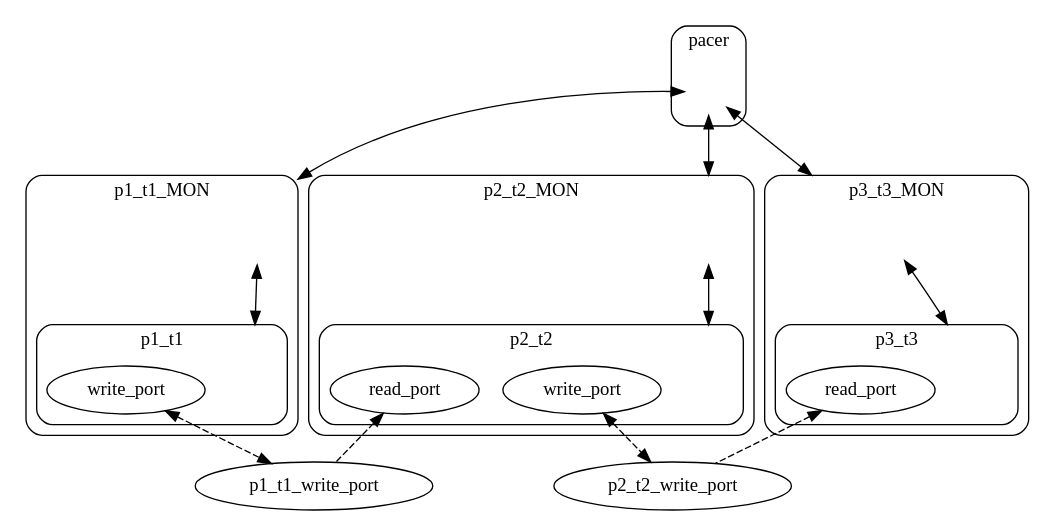
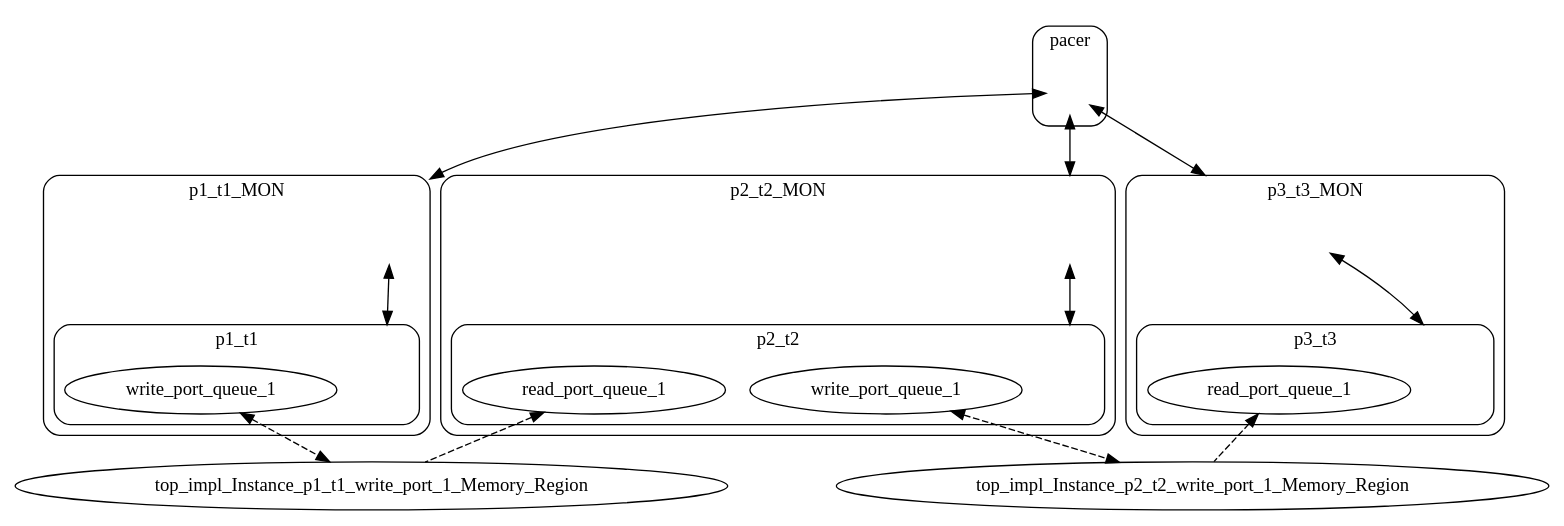
One commit to loonwerks/INSPECTA-models changed the diagram in micro-examples/domain-scheduling-models/three_domain_simple/microkit/microkit.dot. Above: the diagram before and after it, drawn with Graphviz. The commit also changed 98 other files, not shown here.

```diff
--- a/micro-examples/domain-scheduling-models/three_domain_simple/microkit/microkit.dot
+++ b/micro-examples/domain-scheduling-models/three_domain_simple/microkit/microkit.dot
@@ -1,73 +1,73 @@
 digraph microkit {
   compound=true;
 
   // protection domains
   graph [style=rounded]
   subgraph cluster_p1_t1_MON {
     label = "p1_t1_MON";
     p1_t1_MON_INVIS [label="", style=invis, width=.5, height=.5, fixedsize=true]
 
     graph [style=rounded]
     subgraph cluster_p1_t1 {
       label = "p1_t1";
       p1_t1_INVIS [label="", style=invis, width=.5, height=.5, fixedsize=true]
 
-      pd_p1_t1_write_port [label=write_port];
+      pd_p1_t1_write_port_queue_1 [label=write_port_queue_1];
     }
   }
 
   graph [style=rounded]
   subgraph cluster_p2_t2_MON {
     label = "p2_t2_MON";
     p2_t2_MON_INVIS [label="", style=invis, width=.5, height=.5, fixedsize=true]
 
     graph [style=rounded]
     subgraph cluster_p2_t2 {
       label = "p2_t2";
       p2_t2_INVIS [label="", style=invis, width=.5, height=.5, fixedsize=true]
 
-      pd_p2_t2_read_port [label=read_port];
-      pd_p2_t2_write_port [label=write_port];
+      pd_p2_t2_read_port_queue_1 [label=read_port_queue_1];
+      pd_p2_t2_write_port_queue_1 [label=write_port_queue_1];
     }
   }
 
   graph [style=rounded]
   subgraph cluster_p3_t3_MON {
     label = "p3_t3_MON";
     p3_t3_MON_INVIS [label="", style=invis, width=.5, height=.5, fixedsize=true]
 
     graph [style=rounded]
     subgraph cluster_p3_t3 {
       label = "p3_t3";
       p3_t3_INVIS [label="", style=invis, width=.5, height=.5, fixedsize=true]
 
-      pd_p3_t3_read_port [label=read_port];
+      pd_p3_t3_read_port_queue_1 [label=read_port_queue_1];
     }
   }
 
   graph [style=rounded]
   subgraph cluster_pacer {
     label = "pacer";
     pacer_INVIS [label="", style=invis, width=.5, height=.5, fixedsize=true]
 
   }
 
   // memory regions
-  p1_t1_write_port;
+  top_impl_Instance_p1_t1_write_port_1_Memory_Region;
 
-  p2_t2_write_port;
+  top_impl_Instance_p2_t2_write_port_1_Memory_Region;
 
   // channels
   pacer_INVIS -> p1_t1_MON_INVIS [lhead=cluster_p1_t1_MON, minlen=2, dir=both];
   p1_t1_MON_INVIS -> p1_t1_INVIS [lhead=cluster_p1_t1, minlen=2, dir=both];
   pacer_INVIS -> p2_t2_MON_INVIS [lhead=cluster_p2_t2_MON, minlen=2, dir=both];
   p2_t2_MON_INVIS -> p2_t2_INVIS [lhead=cluster_p2_t2, minlen=2, dir=both];
   pacer_INVIS -> p3_t3_MON_INVIS [lhead=cluster_p3_t3_MON, minlen=2, dir=both];
   p3_t3_MON_INVIS -> p3_t3_INVIS [lhead=cluster_p3_t3, minlen=2, dir=both];
 
   // shared memory mappings
-  pd_p1_t1_write_port -> p1_t1_write_port [dir=both, style=dashed];
-  pd_p2_t2_read_port -> p1_t1_write_port [dir=back, style=dashed];
-  pd_p2_t2_write_port -> p2_t2_write_port [dir=both, style=dashed];
-  pd_p3_t3_read_port -> p2_t2_write_port [dir=back, style=dashed];
+  pd_p1_t1_write_port_queue_1 -> top_impl_Instance_p1_t1_write_port_1_Memory_Region [dir=both, style=dashed];
+  pd_p2_t2_read_port_queue_1 -> top_impl_Instance_p1_t1_write_port_1_Memory_Region [dir=back, style=dashed];
+  pd_p2_t2_write_port_queue_1 -> top_impl_Instance_p2_t2_write_port_1_Memory_Region [dir=both, style=dashed];
+  pd_p3_t3_read_port_queue_1 -> top_impl_Instance_p2_t2_write_port_1_Memory_Region [dir=back, style=dashed];
 }
```
